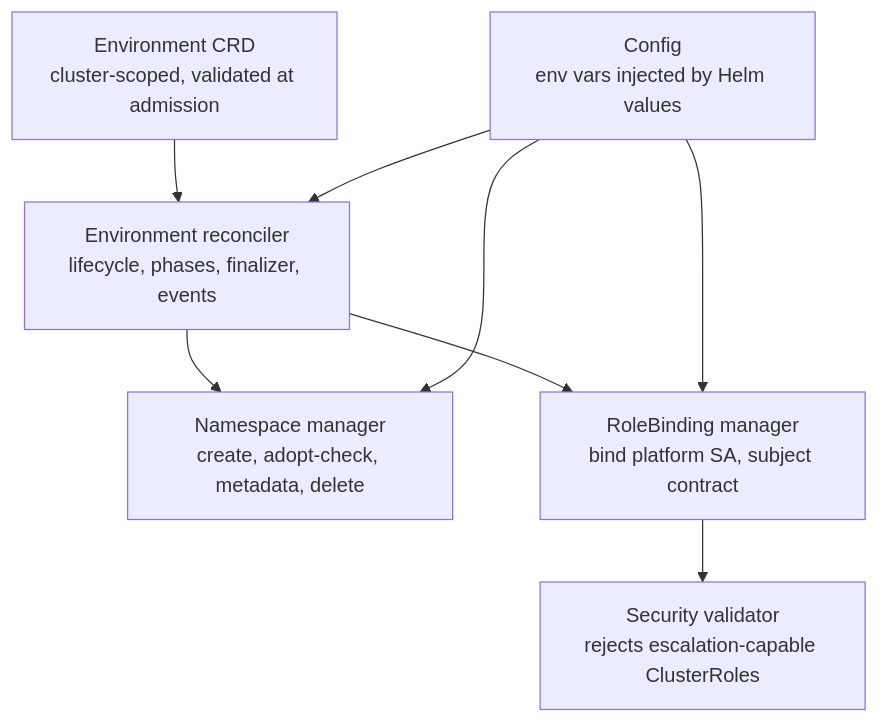
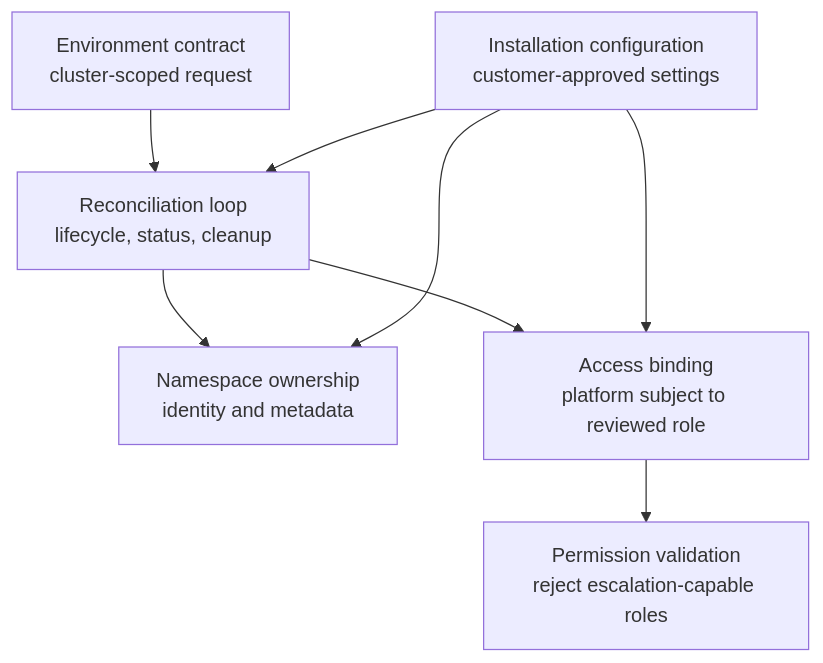
Before and after one commit to quixio/quix-environment-operator: the second of 2 diagrams in docs/architecture.md, drawn with Mermaid. The commit also changed other lines of this file and 6 other files, not shown here.

````diff
--- a/docs/architecture.md
+++ b/docs/architecture.md
@@ -28,15 +28,15 @@
 ```mermaid
 flowchart TD
-    CRD[Environment CRD<br/>cluster-scoped, validated at admission]
-    R[Environment reconciler<br/>lifecycle, phases, finalizer, events]
-    NM[Namespace manager<br/>create, adopt-check, metadata, delete]
-    RBM[RoleBinding manager<br/>bind platform SA, subject contract]
-    V[Security validator<br/>rejects escalation-capable ClusterRoles]
-    C[Config<br/>env vars injected by Helm values]
+    CRD[Environment contract<br/>cluster-scoped request]
+    R[Reconciliation loop<br/>lifecycle, status, cleanup]
+    NM[Namespace ownership<br/>identity and metadata]
+    RBM[Access binding<br/>platform subject to reviewed role]
+    V[Permission validation<br/>reject escalation-capable roles]
+    C[Installation configuration<br/>customer-approved settings]
 
     CRD --> R
     R --> NM
     R --> RBM
     RBM --> V
     C --> R & NM & RBM
 ```
````
